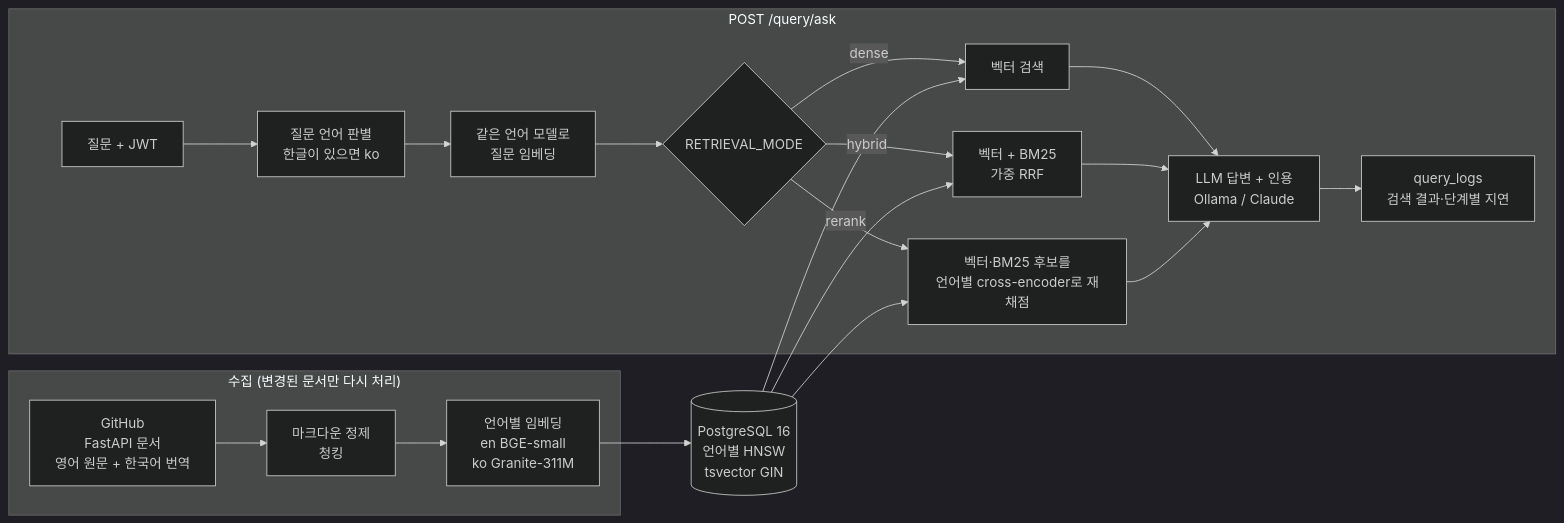
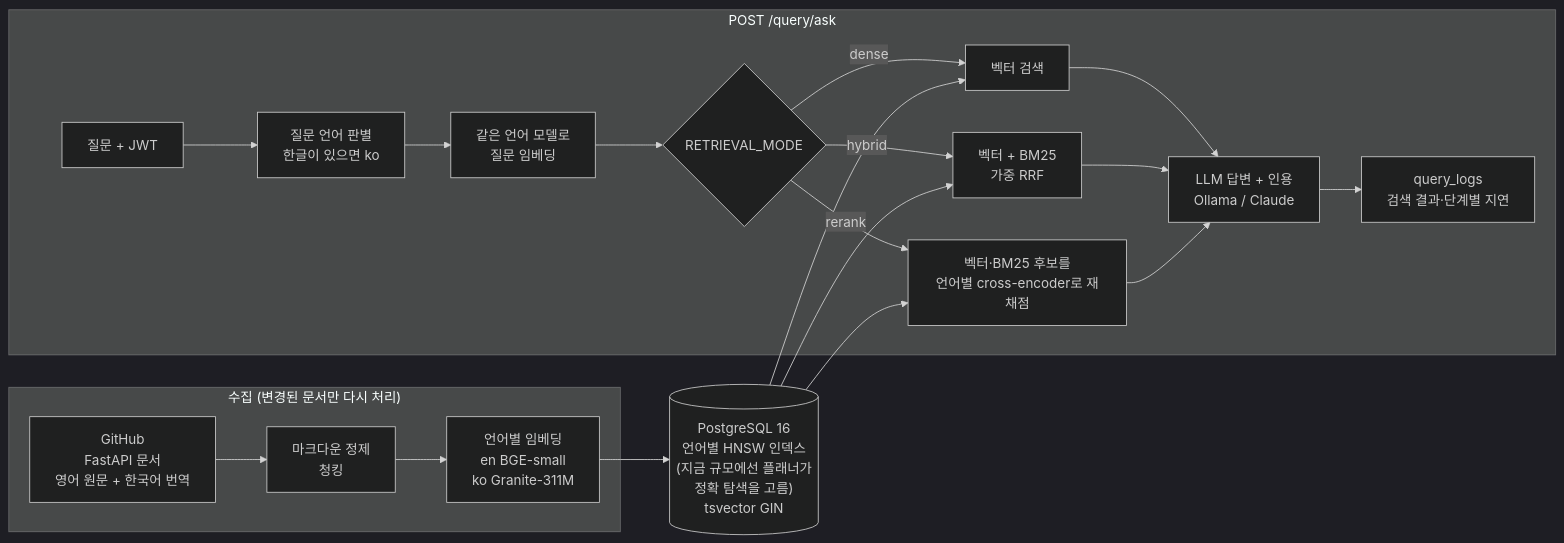
The diagram in README.md (hyeonbin123/rag-doc-qa), drawn with Mermaid (dark theme) before and after one commit. The commit also changed other lines of this file and 2 other files, not shown here.

````diff
--- a/README.md
+++ b/README.md
@@ -21,20 +21,20 @@
 ```mermaid
 flowchart LR
     subgraph ingest["수집 (변경된 문서만 다시 처리)"]
         GH["GitHub<br/>FastAPI 문서<br/>영어 원문 + 한국어 번역"] --> CL["마크다운 정제<br/>청킹"] --> EP["언어별 임베딩<br/>en BGE-small<br/>ko Granite-311M"]
     end
-    EP --> PG[("PostgreSQL 16<br/>언어별 HNSW<br/>tsvector GIN")]
+    EP --> PG[("PostgreSQL 16<br/>언어별 HNSW 인덱스<br/>(지금 규모에선 플래너가<br/>정확 탐색을 고름)<br/>tsvector GIN")]
     subgraph ask["POST /query/ask"]
         Q["질문 + JWT"] --> LANG["질문 언어 판별<br/>한글이 있으면 ko"] --> EQ["같은 언어 모델로<br/>질문 임베딩"] --> MODE{"RETRIEVAL_MODE"}
         MODE -->|dense| D["벡터 검색"]
         MODE -->|hybrid| H["벡터 + BM25<br/>가중 RRF"]
         MODE -->|rerank| R["벡터·BM25 후보를<br/>언어별 cross-encoder로 재채점"]
         D --> GEN["LLM 답변 + 인용<br/>Ollama / Claude"]
         H --> GEN
         R --> GEN
         GEN --> LOG["query_logs<br/>검색 결과·단계별 지연"]
     end
     PG --> D
     PG --> H
     PG --> R
 ```
````
